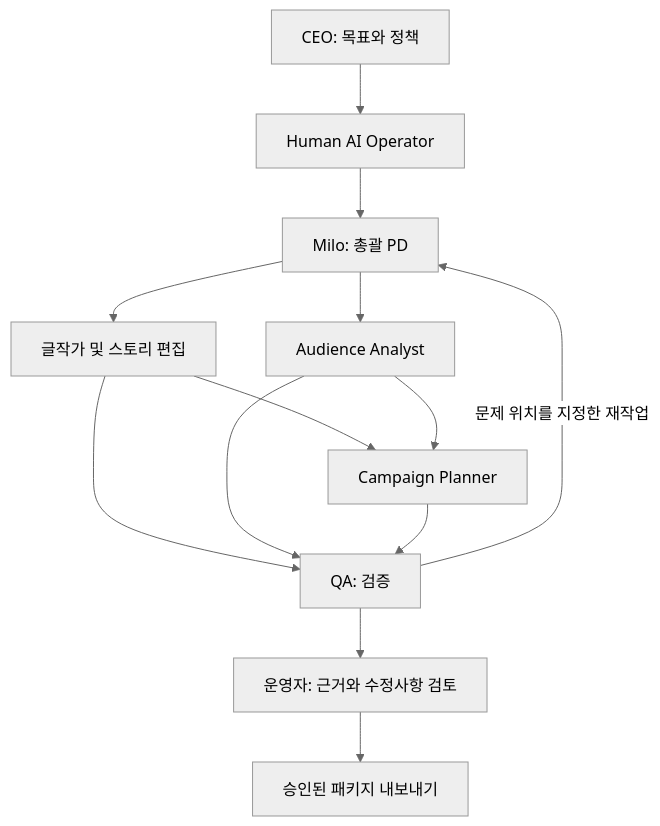
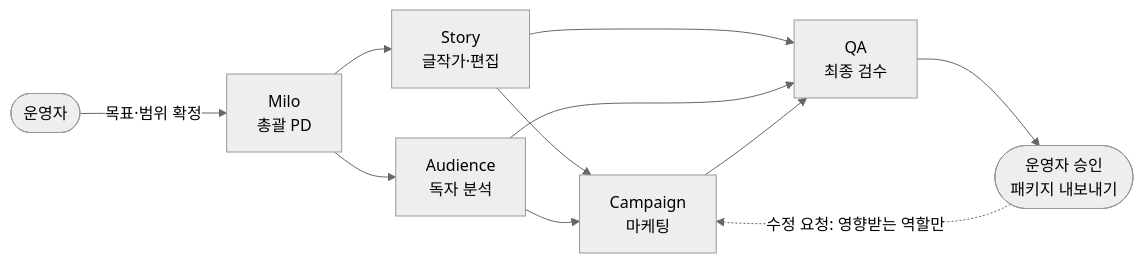
Before and after one commit to EXPOIR0405/orbit-studio-os: the diagram in README.md, drawn with Mermaid (neutral theme). The commit also changed other lines of this file and 5 other files, not shown here.

````diff
--- a/README.md
+++ b/README.md
@@ -64,15 +64,13 @@
 ```mermaid
-flowchart TD
-    CEO[CEO: 목표와 정책] --> OP[Human AI Operator]
-    OP --> M[Milo: 총괄 PD]
-    M --> S[글작가 및 스토리 편집]
-    M --> A[Audience Analyst]
-    S --> C[Campaign Planner]
-    A --> C
-    S --> Q[QA: 검증]
-    A --> Q
-    C --> Q
-    Q --> R[운영자: 근거와 수정사항 검토]
-    R --> E[승인된 패키지 내보내기]
-    Q -->|문제 위치를 지정한 재작업| M
+flowchart LR
+    OP([운영자]) -->|목표·범위 확정| PD[Milo<br/>총괄 PD]
+    PD --> ST[Story<br/>글작가·편집]
+    PD --> AU[Audience<br/>독자 분석]
+    ST --> CA[Campaign<br/>마케팅]
+    AU --> CA
+    ST --> QA[QA<br/>최종 검수]
+    AU --> QA
+    CA --> QA
+    QA --> OK([운영자 승인<br/>패키지 내보내기])
+    OK -.->|수정 요청: 영향받는 역할만| CA
 ```
````
